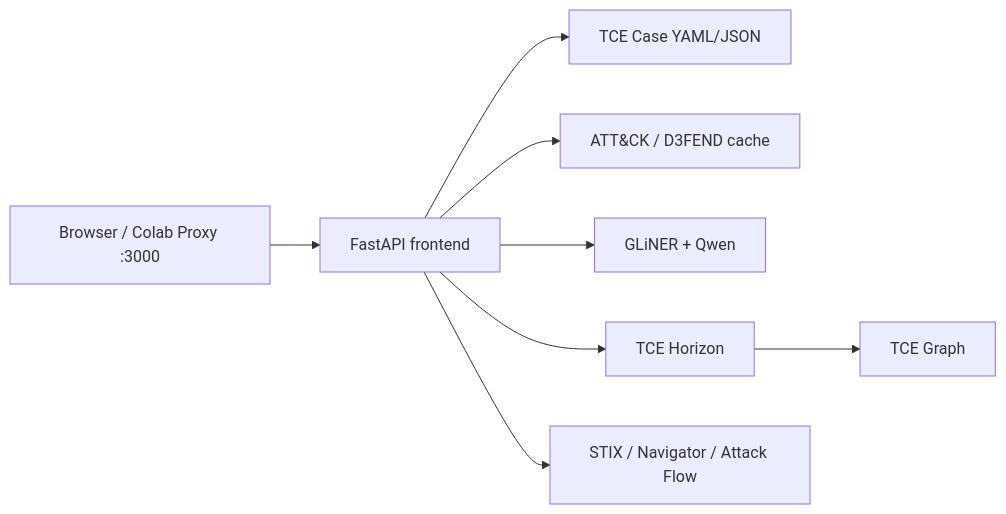
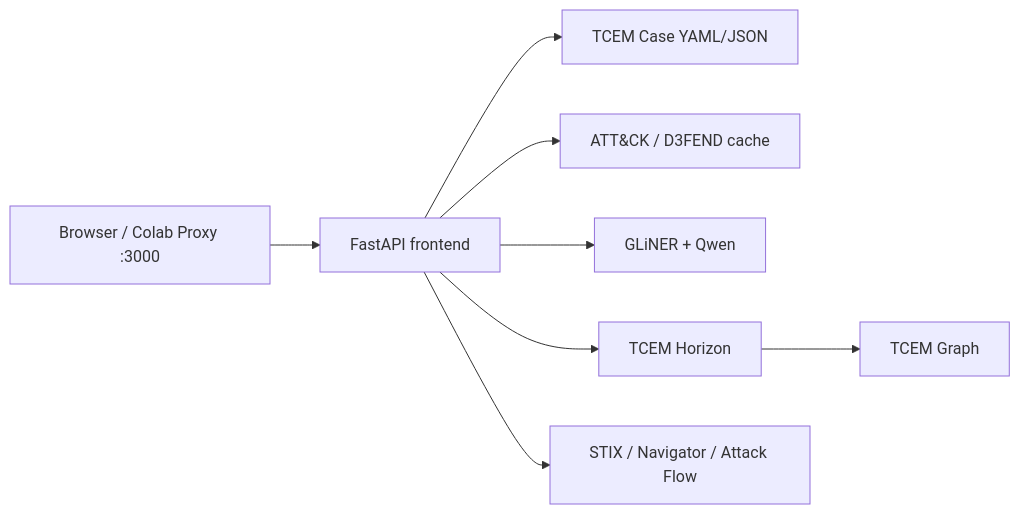
One commit to Ridd1kulusC0d3r/Cyber-Threat-Context-Modeling changed the diagram in docs/colab-frontend.md. Above: the diagram before and after it, drawn with Mermaid. The commit also changed other lines of this file, not shown here.

Commit message:
docs: align colab-frontend.md with TCEM

```diff
--- a/docs/colab-frontend.md
+++ b/docs/colab-frontend.md
@@ -28,10 +28,10 @@
 ~~~mermaid
 flowchart LR
     B[Browser / Colab Proxy :3000] --> F[FastAPI frontend]
-    F --> C[TCE Case YAML/JSON]
+    F --> C[TCEM Case YAML/JSON]
     F --> A[ATT&CK / D3FEND cache]
     F --> AI[GLiNER + Qwen]
-    F --> H[TCE Horizon]
-    H --> G[TCE Graph]
+    F --> H[TCEM Horizon]
+    H --> G[TCEM Graph]
     F --> E[STIX / Navigator / Attack Flow]
 ~~~
```
